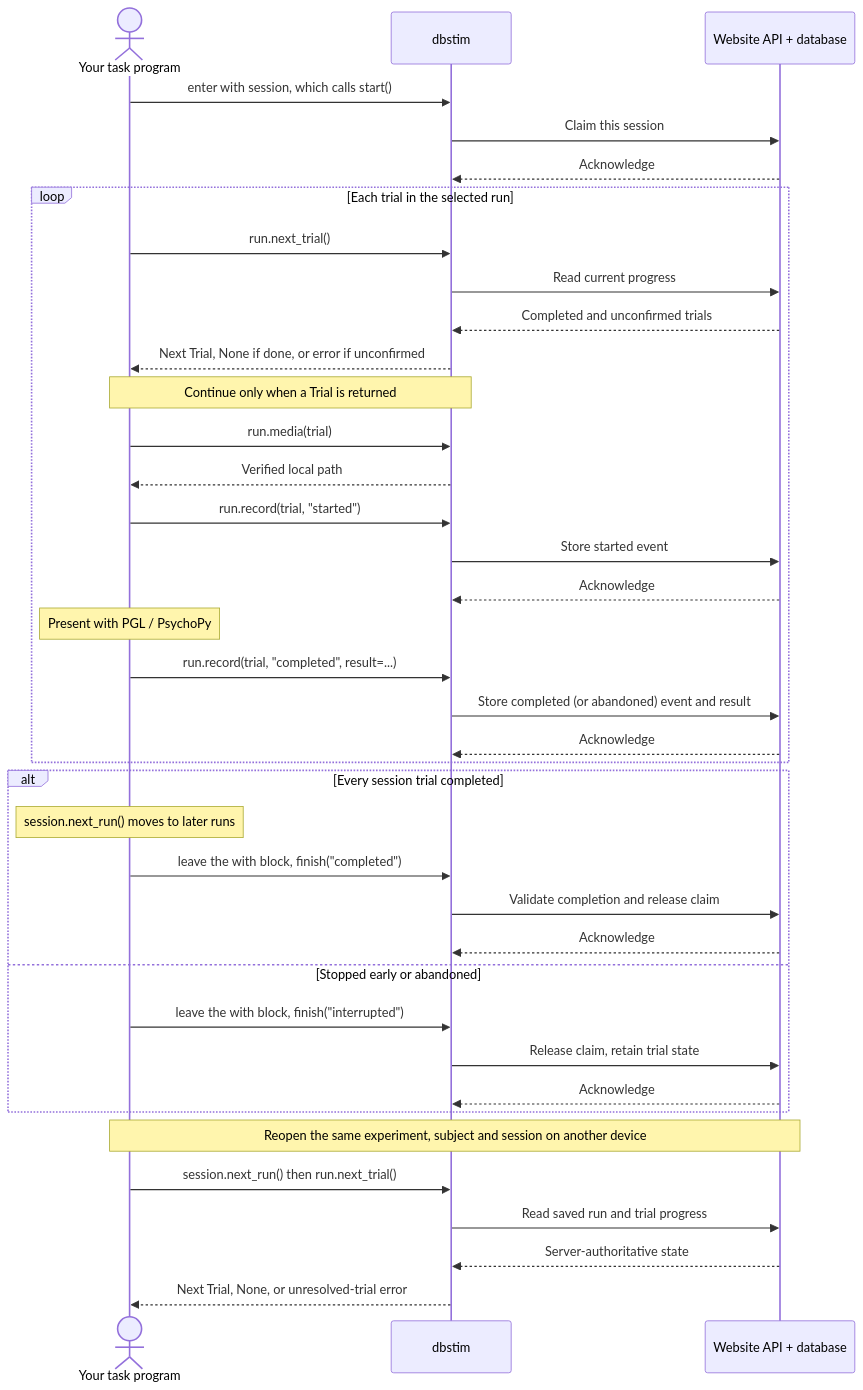
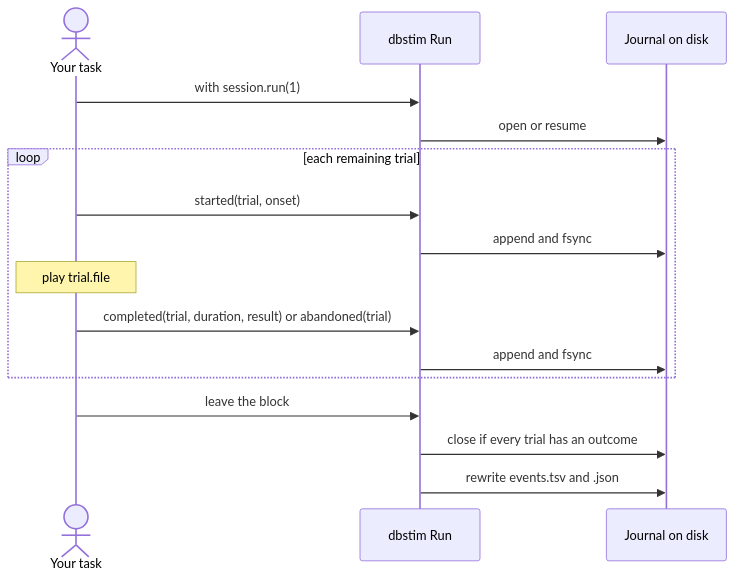
The second of 2 diagrams in docs/server-to-local-flow.md (StanfordDigitalBrainProject/dbstim), drawn with Mermaid before and after one commit. The commit also changed other lines of this file and 15 other files, not shown here.

First line of the commit message:
feat(dbstim): document the 1.0 API and both journeys, add a PGL example, bump to 1.0.0 (#4)

````diff
--- a/docs/server-to-local-flow.md
+++ b/docs/server-to-local-flow.md
@@ -44,40 +51,18 @@
 ```mermaid
 sequenceDiagram
-    actor Task as Your task program
-    participant SDK as dbstim
-    participant API as Website API + database
-    Task->>SDK: enter with session, which calls start()
-    SDK->>API: Claim this session
-    API-->>SDK: Acknowledge
-    loop Each trial in the selected run
-        Task->>SDK: run.next_trial()
-        SDK->>API: Read current progress
-        API-->>SDK: Completed and unconfirmed trials
-        SDK-->>Task: Next Trial, None if done, or error if unconfirmed
-        Note over Task,SDK: Continue only when a Trial is returned
-        Task->>SDK: run.media(trial)
-        SDK-->>Task: Verified local path
-        Task->>SDK: run.record(trial, "started")
-        SDK->>API: Store started event
-        API-->>SDK: Acknowledge
-        Note over Task: Present with PGL / PsychoPy
-        Task->>SDK: run.record(trial, "completed", result=...)
-        SDK->>API: Store completed (or abandoned) event and result
-        API-->>SDK: Acknowledge
+    actor Task as Your task
+    participant Run as dbstim Run
+    participant Disk as Journal on disk
+    Task->>Run: with session.run(1)
+    Run->>Disk: open or resume
+    loop each remaining trial
+        Task->>Run: started(trial, onset)
+        Run->>Disk: append and fsync
+        Note over Task: play trial.file
+        Task->>Run: completed(trial, duration, result) or abandoned(trial)
+        Run->>Disk: append and fsync
     end
-    alt Every session trial completed
-        Note over Task: session.next_run() moves to later runs
-        Task->>SDK: leave the with block, finish("completed")
-        SDK->>API: Validate completion and release claim
-        API-->>SDK: Acknowledge
-    else Stopped early or abandoned
-        Task->>SDK: leave the with block, finish("interrupted")
-        SDK->>API: Release claim, retain trial state
-        API-->>SDK: Acknowledge
-    end
-    Note over Task,API: Reopen the same experiment, subject and session on another device
-    Task->>SDK: session.next_run() then run.next_trial()
-    SDK->>API: Read saved run and trial progress
-    API-->>SDK: Server-authoritative state
-    SDK-->>Task: Next Trial, None, or unresolved-trial error
+    Task->>Run: leave the block
+    Run->>Disk: close if every trial has an outcome
+    Run->>Disk: rewrite events.tsv and .json
 ```
````
